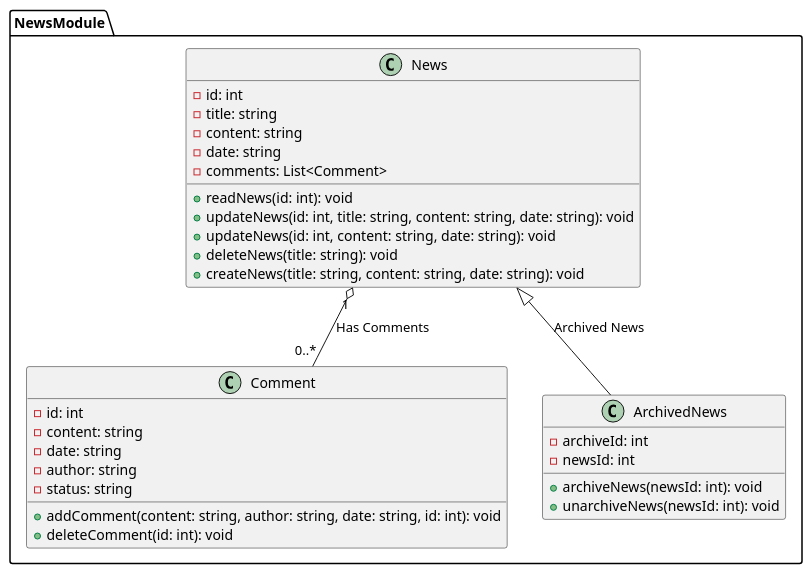
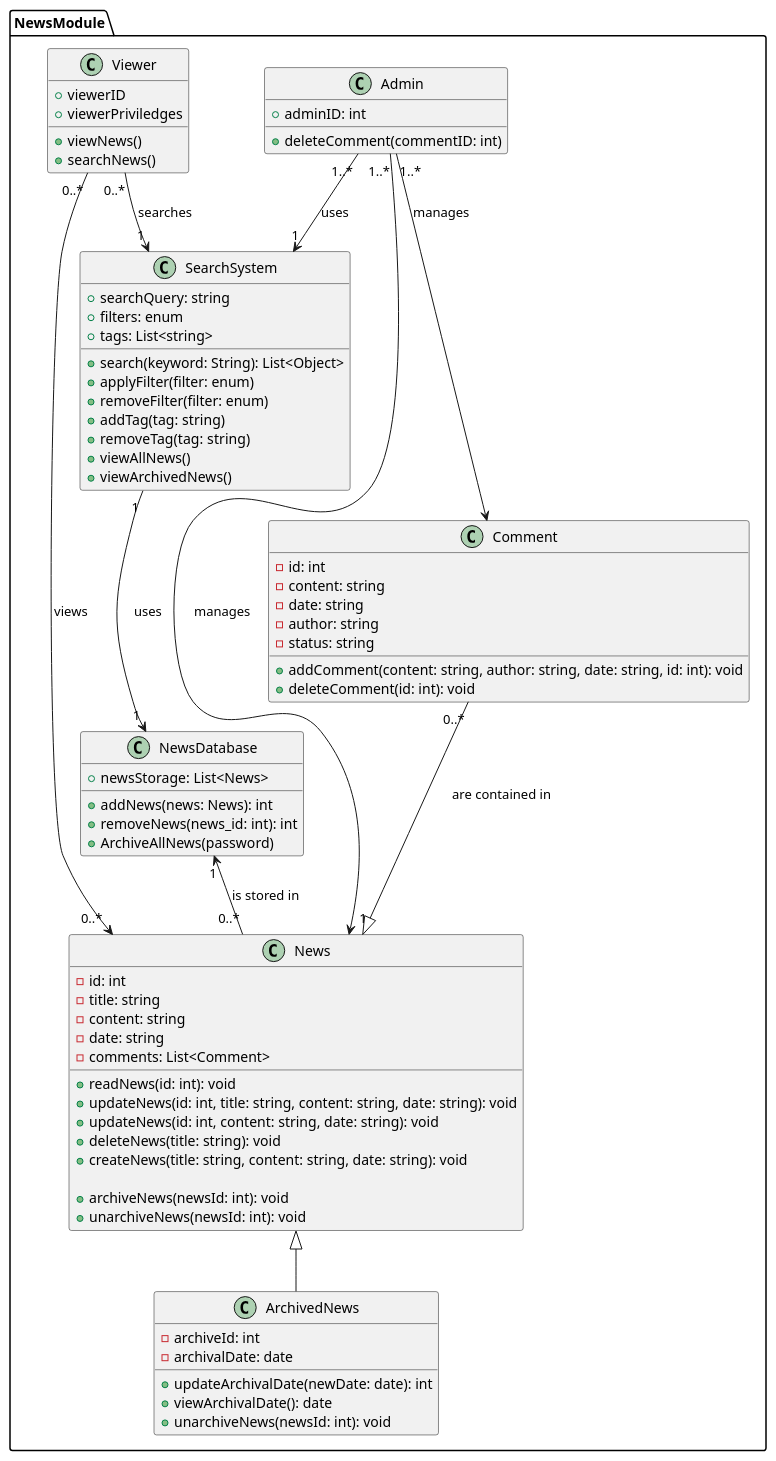
The diagram in manage_news.plantuml (anshium/DASS-Assignment-3-IMS-System-Design), drawn with PlantUML before and after one commit. The commit also changed 1 other file, not shown here.

Commit message:
update human resourses and news

```diff
--- a/manage_news.plantuml
+++ b/manage_news.plantuml
@@ -1,37 +1,84 @@
 @startuml manageNews
 package NewsModule {
     class News {
         - id: int
         - title: string
         - content: string
         - date: string
         - comments: List<Comment>
         + readNews(id: int): void
         + updateNews(id: int, title: string, content: string, date: string): void
         + updateNews(id: int, content: string, date: string): void
         + deleteNews(title: string): void
         + createNews(title: string, content: string, date: string): void
+        
+        + archiveNews(newsId: int): void
+        + unarchiveNews(newsId: int): void
     }
 
     class Comment {
         - id: int
         - content: string
         - date: string
         - author: string
         - status: string
         + addComment(content: string, author: string, date: string, id: int): void
         + deleteComment(id: int): void
     }
 
-    News "1" o-- "0..*" Comment : "Has Comments"
+    class ArchivedNews extends News{
+        - archiveId: int
+        - archivalDate: date
 
-    class ArchivedNews {
-        - archiveId: int
-        - newsId: int
-        + archiveNews(newsId: int): void
+        + updateArchivalDate(newDate: date): int
+        + viewArchivalDate(): date
         + unarchiveNews(newsId: int): void
     }
 
-    News <|-- ArchivedNews : "Archived News"
+    class SearchSystem {
+		+ searchQuery: string
+        + filters: enum
+        + tags: List<string>
+		
+		+ search(keyword: String): List<Object>
+        + applyFilter(filter: enum)
+        + removeFilter(filter: enum)
+        + addTag(tag: string)
+        + removeTag(tag: string)
+        + viewAllNews()
+        + viewArchivedNews()
+	}
+
+    class NewsDatabase {
+        + newsStorage: List<News>
+
+        + addNews(news: News): int
+        + removeNews(news_id: int): int
+        + ArchiveAllNews(password)
+    }
+
+    class Admin {
+        + adminID: int
+        
+        + deleteComment(commentID: int)
+    }
+
+    class Viewer {
+        + viewerID
+        + viewerPriviledges
+
+        + viewNews()
+        + searchNews()
+    }
+
+    Comment "0..*" --|> "1" News: are contained in
+    NewsDatabase "1" <-- "0..*" News: is stored in
+    SearchSystem "1" --> "1" NewsDatabase: uses
+    Viewer "0..*" --> "1" SearchSystem: searches
+    Viewer "0..*" --> "0..*" News: views
+    Admin "1..*" --> News: manages
+    Admin "1..*" --> Comment: manages
+    Admin  "1..*" --> "1" SearchSystem: uses
+
 }
 @enduml
```
